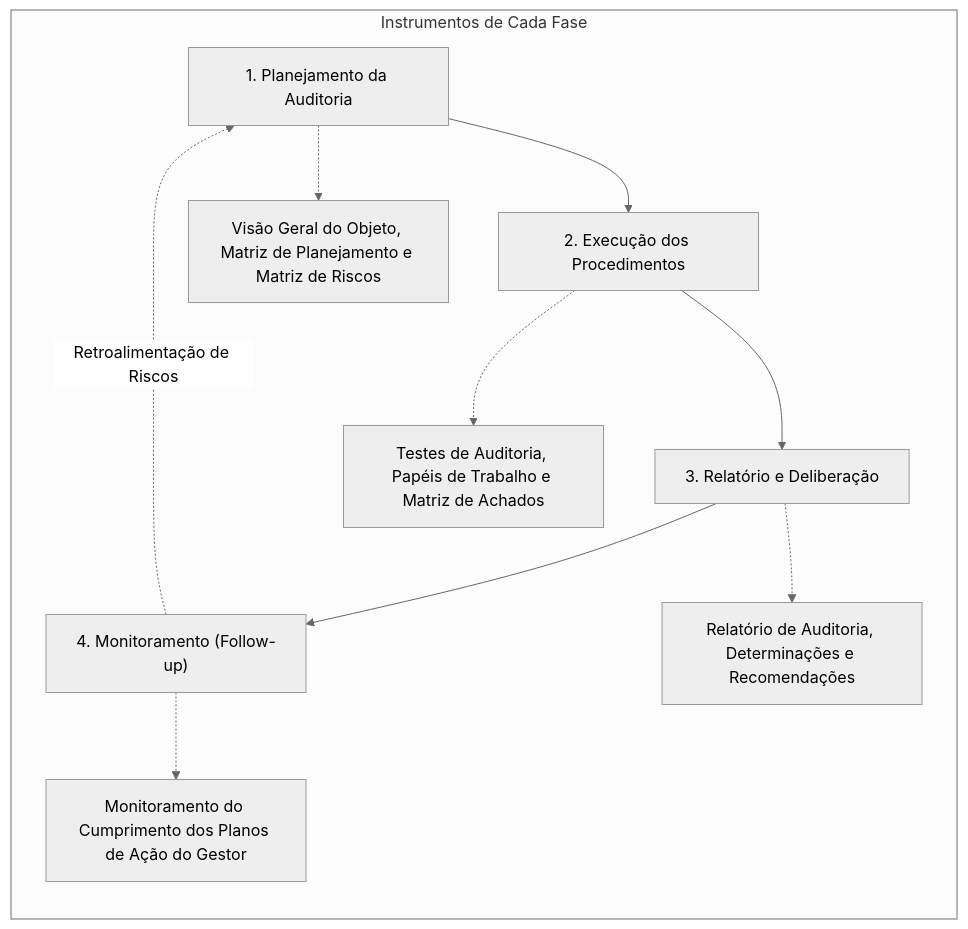
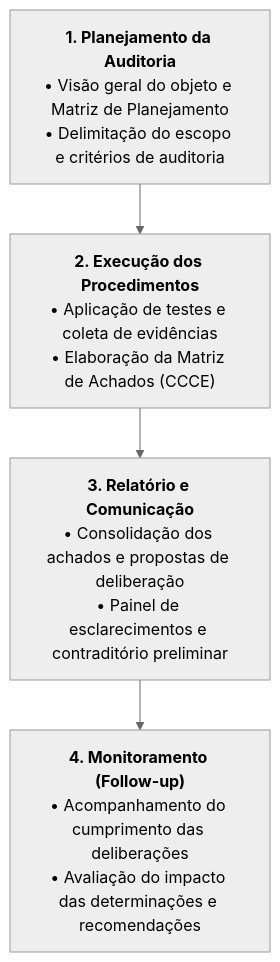
One commit to gilsonnogueira/OpenConcursos changed the sixth of 6 diagrams in docs/19-auditoria/05-auditoria-governamental-e-setor-publico/01-normas-nbasp-issai-tribunais-de-contas.md. Above: the diagram before and after it, drawn with Mermaid (neutral theme). The commit also changed other lines of this file and 17 other files, not shown here.

Commit message:
style(diagrams): verticaliza todos os diagramas Mermaid para legibilidade em painel vertical

````diff
--- a/docs/19-auditoria/05-auditoria-governamental-e-setor-publico/01-normas-nbasp-issai-tribunais-de-contas.md
+++ b/docs/19-auditoria/05-auditoria-governamental-e-setor-publico/01-normas-nbasp-issai-tribunais-de-contas.md
@@ -192,14 +189,11 @@
 ```mermaid
-flowchart LR
-    F1["1. Planejamento da Auditoria"] --> F2["2. Execução dos Procedimentos"]
-    F2 --> F3["3. Relatório e Deliberação"]
-    F3 --> F4["4. Monitoramento (Follow-up)"]
-    F4 -.->|Retroalimentação de Riscos| F1
-    
-    subgraph "Instrumentos de Cada Fase"
-        F1 -.-> I1["Visão Geral do Objeto, Matriz de Planejamento e Matriz de Riscos"]
-        F2 -.-> I2["Testes de Auditoria, Papéis de Trabalho e Matriz de Achados"]
-        F3 -.-> I3["Relatório de Auditoria, Determinações e Recomendações"]
-        F4 -.-> I4["Monitoramento do Cumprimento dos Planos de Ação do Gestor"]
-    end
+flowchart TD
+    F1["<b>1. Planejamento da Auditoria</b><br/>• Visão geral do objeto e Matriz de Planejamento<br/>• Delimitação do escopo e critérios de auditoria"]
+    F2["<b>2. Execução dos Procedimentos</b><br/>• Aplicação de testes e coleta de evidências<br/>• Elaboração da Matriz de Achados (CCCE)"]
+    F3["<b>3. Relatório e Comunicação</b><br/>• Consolidação dos achados e propostas de deliberação<br/>• Painel de esclarecimentos e contraditório preliminar"]
+    F4["<b>4. Monitoramento (Follow-up)</b><br/>• Acompanhamento do cumprimento das deliberações<br/>• Avaliação do impacto das determinações e recomendações"]
+
+    F1 --> F2
+    F2 --> F3
+    F3 --> F4
 ```
````
